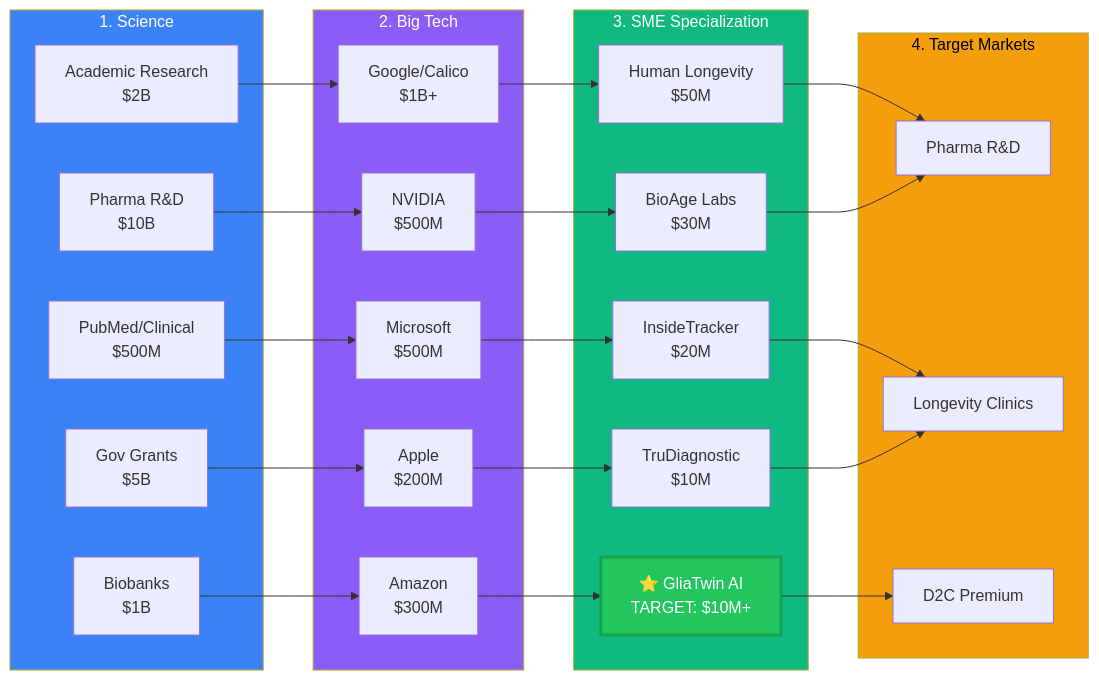
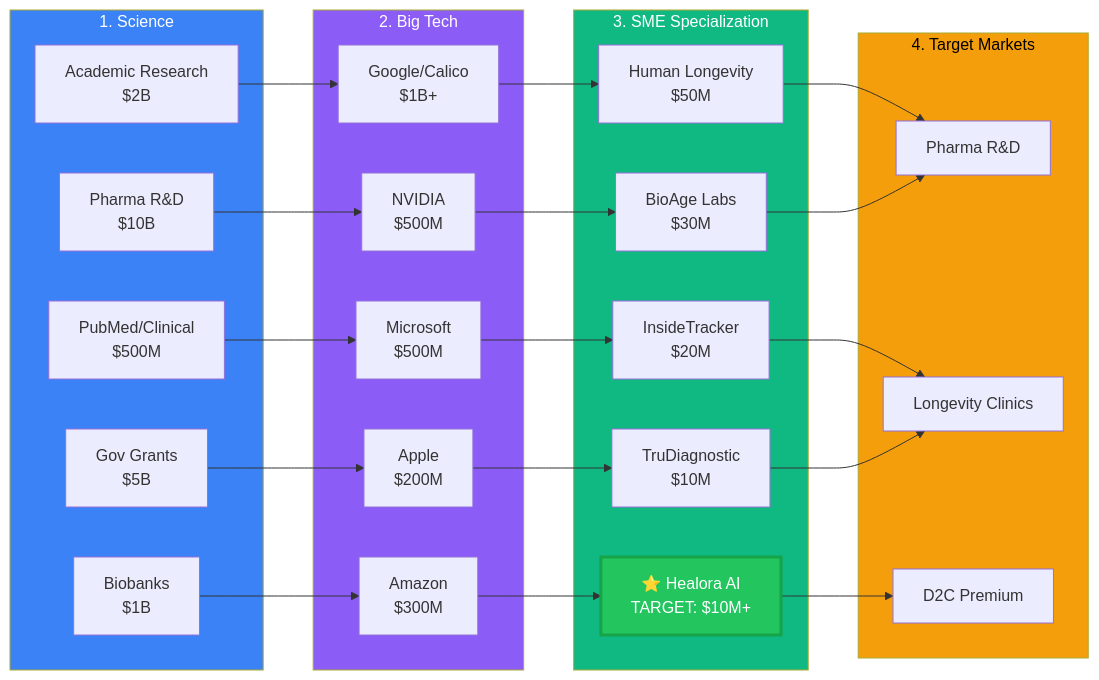
The second of 2 diagrams in marketing/README.md (NutriLabAdm/longevity), drawn with Mermaid before and after one commit. The commit also changed other lines of this file and 31 other files, not shown here.

First line of the commit message:
Update: add biomedical features schema with mnemonic indexes, reorganize UC-CJM-UIUX docs, add devops scripts

````diff
--- a/marketing/README.md
+++ b/marketing/README.md
@@ -187,56 +187,56 @@
 ```mermaid
 flowchart LR
     subgraph SCIENCE["1. Science"]
         S1[Academic Research<br/>$2B]
         S2[PubMed/Clinical<br/>$500M]
         S3[Biobanks<br/>$1B]
         S4[Gov Grants<br/>$5B]
         S5[Pharma R&D<br/>$10B]
     end
     
     subgraph BIGTECH["2. Big Tech"]
         B1[Google/Calico<br/>$1B+]
         B2[Microsoft<br/>$500M]
         B3[Amazon<br/>$300M]
         B4[Apple<br/>$200M]
         B5[NVIDIA<br/>$500M]
     end
     
     subgraph SME["3. SME Specialization"]
         SM1[Human Longevity<br/>$50M]
         SM2[InsideTracker<br/>$20M]
-        SM3["⭐ GliaTwin AI<br/>TARGET: $10M+"]
+        SM3["⭐ Healora AI<br/>TARGET: $10M+"]
         SM4[TruDiagnostic<br/>$10M]
         SM5[BioAge Labs<br/>$30M]
     end
     
     subgraph MARKET["4. Target Markets"]
         M1[Pharma R&D]
         M2[Longevity Clinics]
         M3[D2C Premium]
     end
     
     S1 --> B1
     S2 --> B2
     S3 --> B3
     S4 --> B4
     S5 --> B5
     
     B1 --> SM1
     B2 --> SM2
     B3 --> SM3
     B4 --> SM4
     B5 --> SM5
     
     SM1 --> M1
     SM2 --> M2
     SM3 --> M3
     SM4 --> M2
     SM5 --> M1
     
     style SM3 fill:#22c55e,color:#fff,stroke:#16a34a,stroke-width:3
     style SCIENCE fill:#3b82f6,color:#fff
     style BIGTECH fill:#8b5cf6,color:#fff
     style SME fill:#10b981,color:#fff
     style MARKET fill:#f59e0b,color:#000
 ```
````
